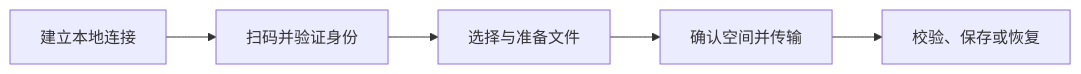
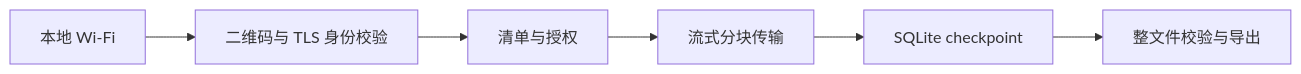
Before and after one commit to yanzhao77/NearSend: the first of 2 diagrams in README.md, drawn with Mermaid. The commit also changed other lines of this file and 4 other files, not shown here.

````diff
--- a/README.md
+++ b/README.md
@@ -40,7 +55,8 @@
 ```mermaid
 flowchart LR
-    A[建立本地连接] --> B[扫码并验证身份]
-    B --> C[选择与准备文件]
-    C --> D[确认空间并传输]
-    D --> E[校验、保存或恢复]
+    A[本地 Wi-Fi] --> B[二维码与 TLS 身份校验]
+    B --> C[清单与授权]
+    C --> D[流式分块传输]
+    D --> E[SQLite checkpoint]
+    E --> F[整文件校验与导出]
 ```
````
